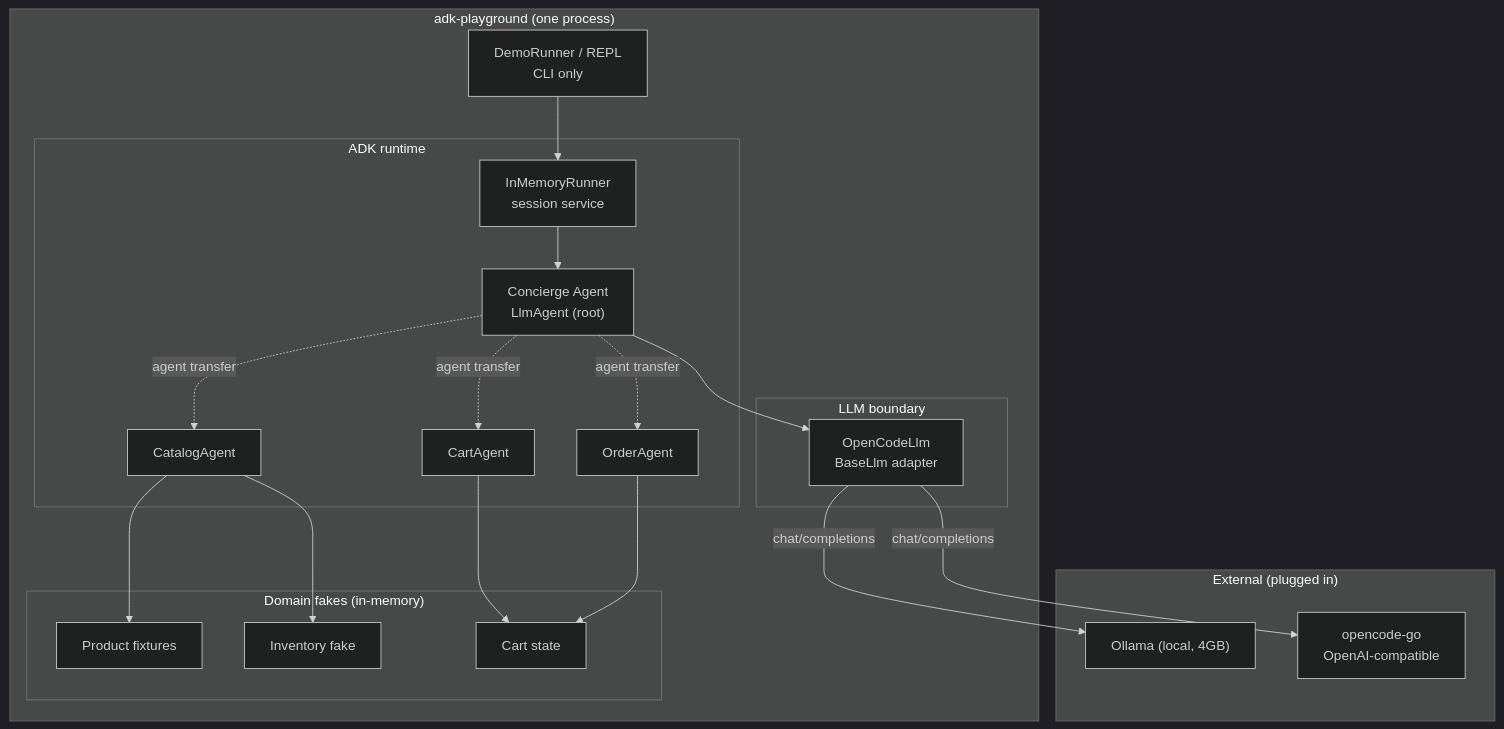
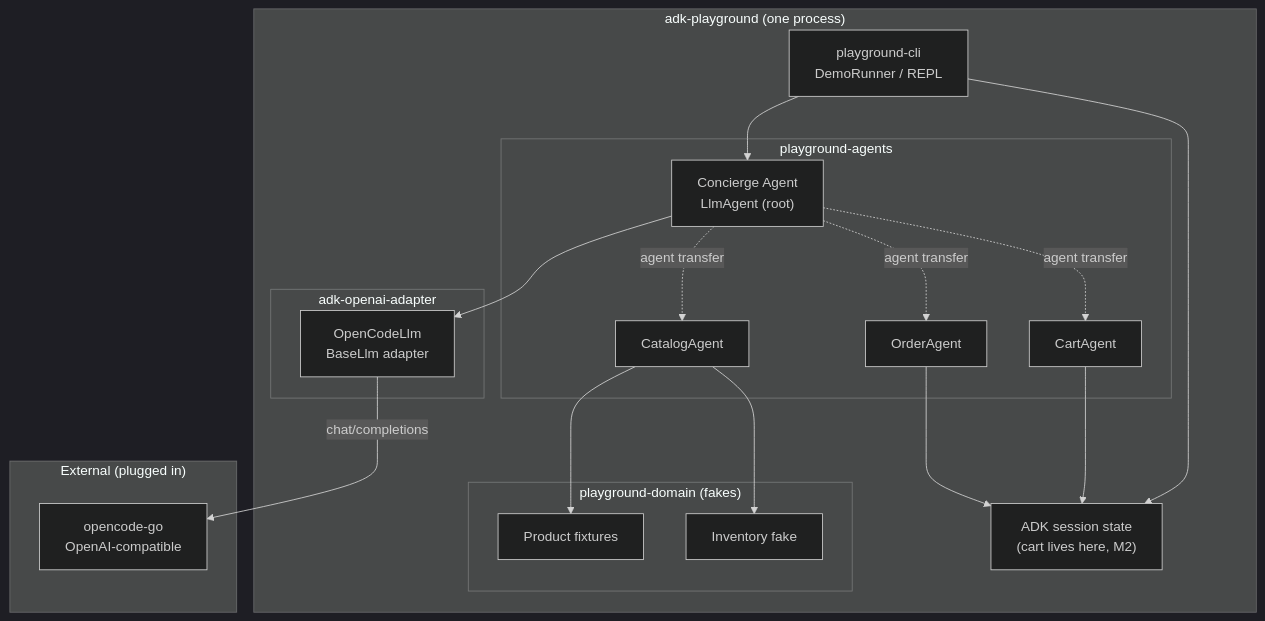
Before and after one commit to thanhdoancong127/adk-playground: the first of 2 diagrams in README.md, drawn with Mermaid (dark theme). The commit also changed other lines of this file and 9 other files, not shown here.

````diff
--- a/README.md
+++ b/README.md
@@ -47,41 +70,40 @@
 ```mermaid
 flowchart TB
-    subgraph app["adk-playground (one process)"]
-        CLI["DemoRunner / REPL<br/>CLI only"]
+    subgraph proc["adk-playground (one process)"]
+        CLI["playground-cli<br/>DemoRunner / REPL"]
 
-        subgraph runtime["ADK runtime"]
-            RUNNER["InMemoryRunner<br/>session service"]
+        subgraph agents["playground-agents"]
             ROOT["Concierge Agent<br/>LlmAgent (root)"]
             CAT["CatalogAgent"]
             CART["CartAgent"]
             ORD["OrderAgent"]
         end
 
-        subgraph domain["Domain fakes (in-memory)"]
+        SESS["ADK session state<br/>(cart lives here, M2)"]
+
+        subgraph dom["playground-domain (fakes)"]
             PROD["Product fixtures"]
             STOCK["Inventory fake"]
-            CARTST["Cart state"]
         end
 
-        subgraph llm["LLM boundary"]
+        subgraph llmb["adk-openai-adapter"]
             ADAPT["OpenCodeLlm<br/>BaseLlm adapter"]
         end
     end
 
     subgraph ext["External (plugged in)"]
-        OLLAMA["Ollama (local, 4GB)"]
         OCGO["opencode-go<br/>OpenAI-compatible"]
     end
 
-    CLI --> RUNNER --> ROOT
+    CLI --> ROOT
+    CLI --> SESS
     ROOT -.->|agent transfer| CAT
     ROOT -.->|agent transfer| CART
     ROOT -.->|agent transfer| ORD
     CAT --> PROD
     CAT --> STOCK
-    CART --> CARTST
-    ORD --> CARTST
+    CART --> SESS
+    ORD --> SESS
     ROOT --> ADAPT
-    ADAPT -->|"chat/completions"| OLLAMA
     ADAPT -->|"chat/completions"| OCGO
 ```
````
